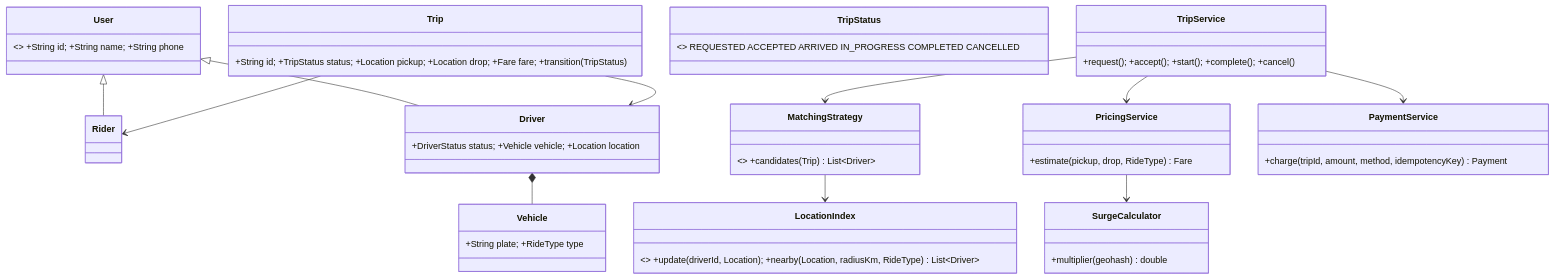
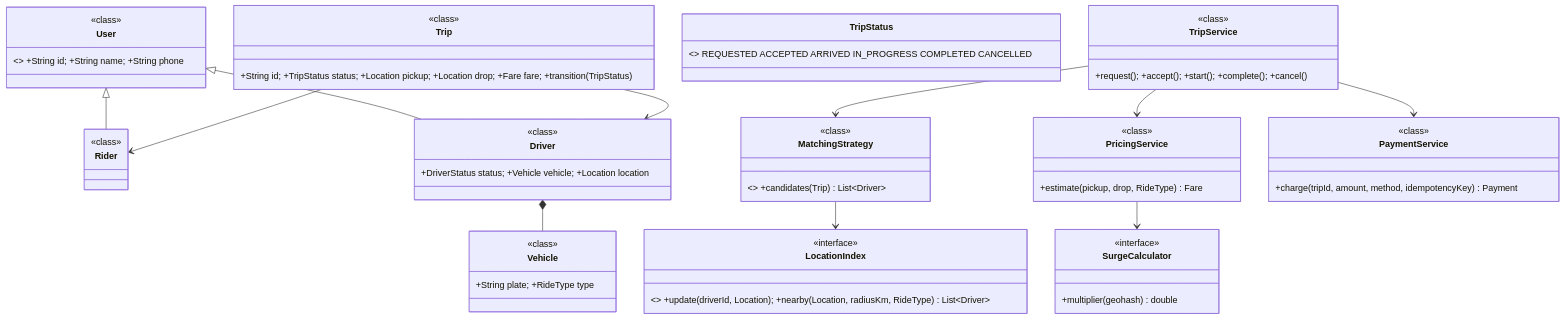
One commit to amarkum/amarkumar.guru changed the first of 3 diagrams in system-design/lld/18-uber.md. Above: the diagram before and after it, drawn with Mermaid. The commit also changed 27 other files, not shown here.

Commit message:
Label every UML type as interface, enumeration, abstract, record or class, add missing enums, and colour-code them.

````diff
--- a/system-design/lld/18-uber.md
+++ b/system-design/lld/18-uber.md
@@ -42,25 +42,57 @@
 ```mermaid
 classDiagram
     class User { <<abstract>> +String id; +String name; +String phone }
-    class Rider
+    class Rider {
+      <<class>>
+    }
     class Driver { +DriverStatus status; +Vehicle vehicle; +Location location }
     class Vehicle { +String plate; +RideType type }
     class Trip { +String id; +TripStatus status; +Location pickup; +Location drop; +Fare fare; +transition(TripStatus) }
     class TripStatus { <<enumeration>> REQUESTED ACCEPTED ARRIVED IN_PROGRESS COMPLETED CANCELLED }
     class LocationIndex { <<interface>> +update(driverId, Location); +nearby(Location, radiusKm, RideType) List~Driver~ }
     class MatchingStrategy { <<interface>> +candidates(Trip) List~Driver~ }
     class PricingService { +estimate(pickup, drop, RideType) Fare }
     class SurgeCalculator { +multiplier(geohash) double }
     class PaymentService { +charge(tripId, amount, method, idempotencyKey) Payment }
     class TripService { +request(); +accept(); +start(); +complete(); +cancel() }
     User <|-- Rider
     User <|-- Driver
     Driver *-- Vehicle
     Trip --> Rider
     Trip --> Driver
     TripService --> MatchingStrategy
     TripService --> PricingService
     TripService --> PaymentService
     MatchingStrategy --> LocationIndex
     PricingService --> SurgeCalculator
+    class Trip {
+      <<class>>
+    }
+    class TripService {
+      <<class>>
+    }
+    class PaymentService {
+      <<class>>
+    }
+    class PricingService {
+      <<class>>
+    }
+    class MatchingStrategy {
+      <<class>>
+    }
+    class LocationIndex {
+      <<interface>>
+    }
+    class Driver {
+      <<class>>
+    }
+    class Vehicle {
+      <<class>>
+    }
+    class User {
+      <<class>>
+    }
+    class SurgeCalculator {
+      <<interface>>
+    }
 ```
````
